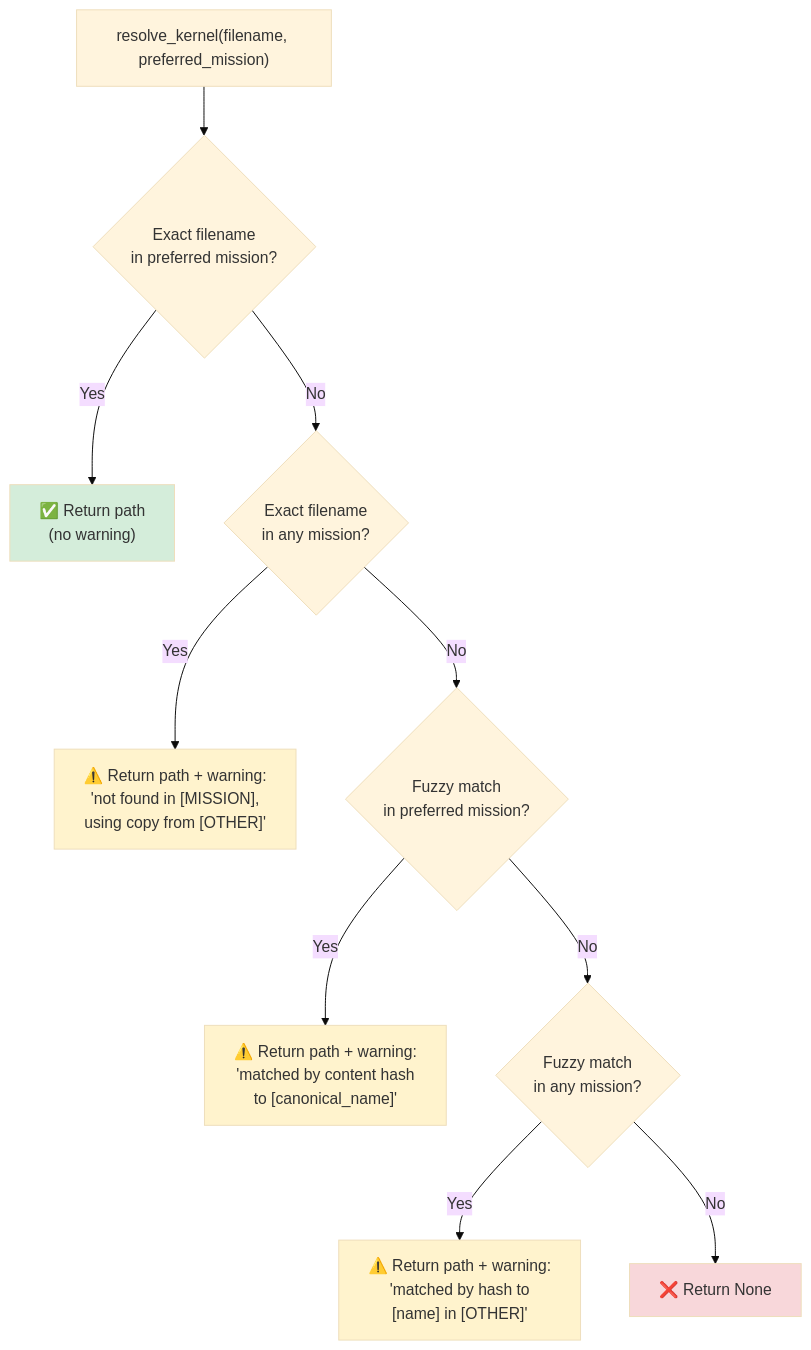
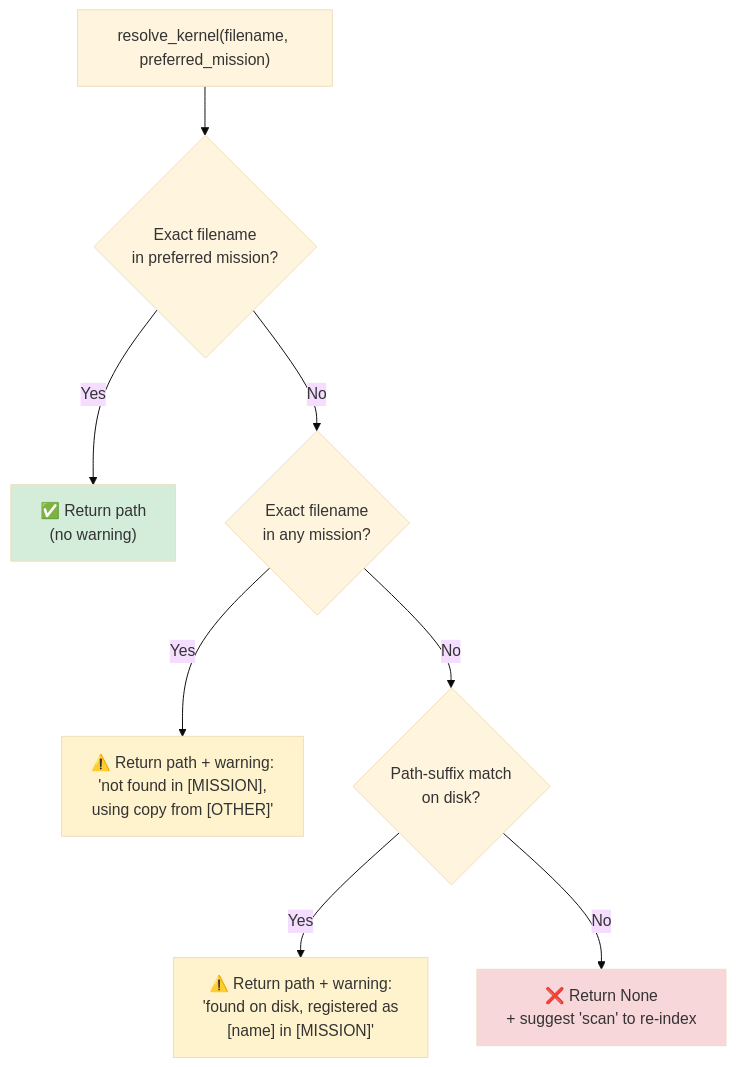
The second of 2 diagrams in docs/design.qmd (michaelaye/spice-kernel-db), drawn with Mermaid (base theme) before and after one commit. The commit also changed other lines of this file and 6 other files, not shown here.

````diff
--- a/docs/design.qmd
+++ b/docs/design.qmd
@@ -98,18 +106,15 @@
 ```{mermaid}
 flowchart TD
     A["resolve_kernel(filename, preferred_mission)"] --> B{Exact filename<br/>in preferred mission?}
     B -->|Yes| C["✅ Return path<br/>(no warning)"]
     B -->|No| D{Exact filename<br/>in any mission?}
     D -->|Yes| E["⚠️ Return path + warning:<br/>'not found in [MISSION],<br/>using copy from [OTHER]'"]
-    D -->|No| F{Fuzzy match<br/>in preferred mission?}
-    F -->|Yes| G["⚠️ Return path + warning:<br/>'matched by content hash<br/>to [canonical_name]'"]
-    F -->|No| H{Fuzzy match<br/>in any mission?}
-    H -->|Yes| I["⚠️ Return path + warning:<br/>'matched by hash to<br/>[name] in [OTHER]'"]
-    H -->|No| J["❌ Return None"]
+    D -->|No| F{Path-suffix match<br/>on disk?}
+    F -->|Yes| G["⚠️ Return path + warning:<br/>'found on disk, registered as<br/>[name] in [MISSION]'"]
+    F -->|No| H["❌ Return None<br/>+ suggest 'scan' to re-index"]
 
     style C fill:#d4edda
     style E fill:#fff3cd
     style G fill:#fff3cd
-    style I fill:#fff3cd
-    style J fill:#f8d7da
+    style H fill:#f8d7da
 ```
````
